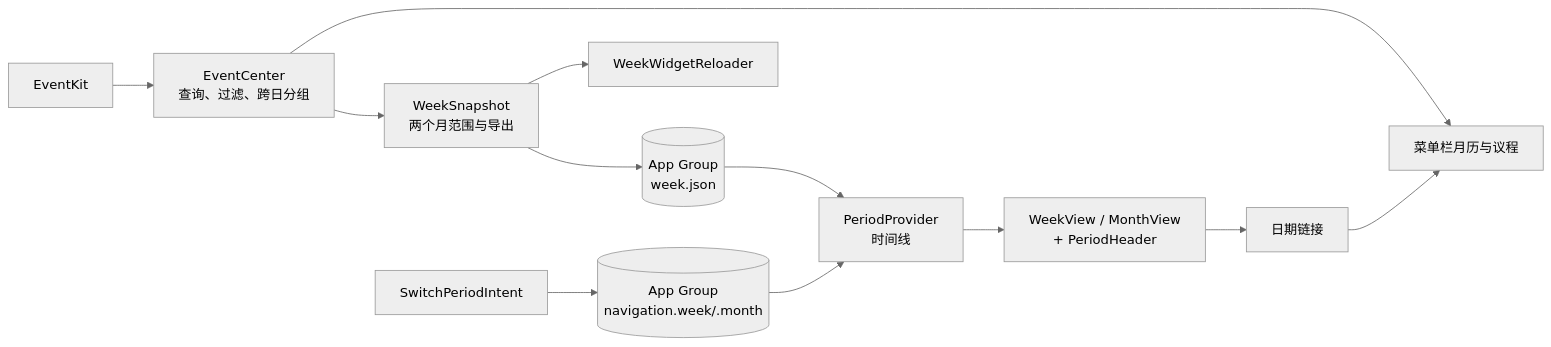
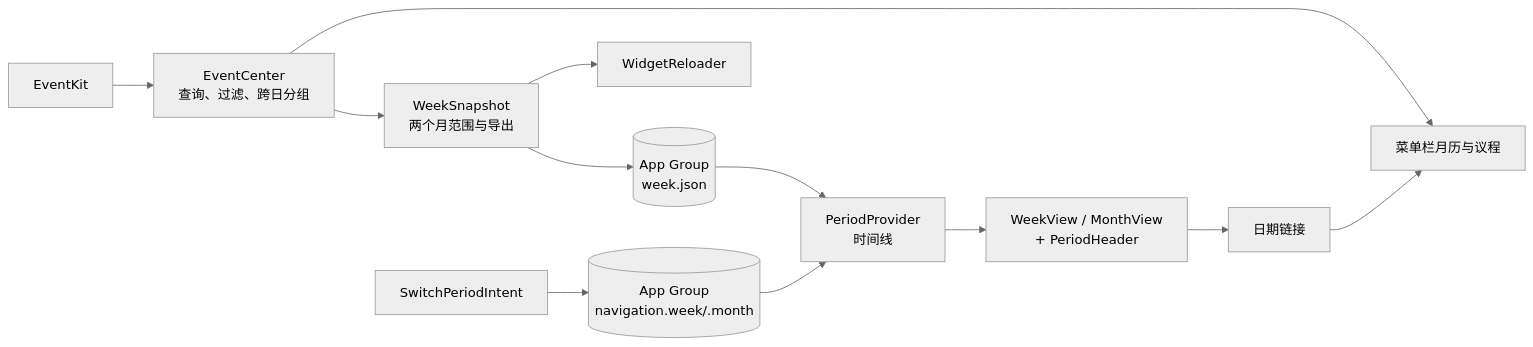
One commit to wutongyuonce/Itsycal changed the diagram in docs/WEEK_WIDGET_SPEC.md. Above: the diagram before and after it, drawn with Mermaid (neutral theme). The commit also changed other lines of this file and 18 other files, not shown here.

````diff
--- a/docs/WEEK_WIDGET_SPEC.md
+++ b/docs/WEEK_WIDGET_SPEC.md
@@ -67,13 +67,13 @@
 ```mermaid
 flowchart LR
     EK[EventKit] --> EC[EventCenter\n查询、过滤、跨日分组]
     EC --> UI[菜单栏月历与议程]
     EC --> EX[WeekSnapshot\n两个月范围与导出]
     EX --> SH[(App Group\nweek.json)]
-    EX --> WR[WeekWidgetReloader]
+    EX --> WR[WidgetReloader]
     SH --> TP[PeriodProvider\n时间线]
     NI[SwitchPeriodIntent] --> ND[(App Group\nnavigation.week/.month)]
     ND --> TP
     TP --> WV[WeekView / MonthView\n+ PeriodHeader]
     WV --> DL[日期链接] --> UI
 ```
````
